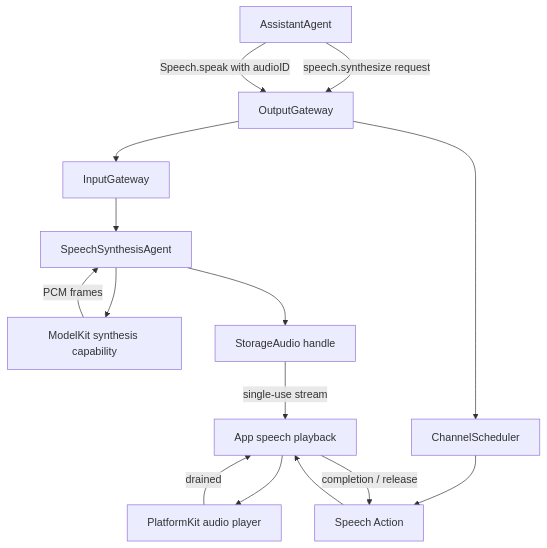
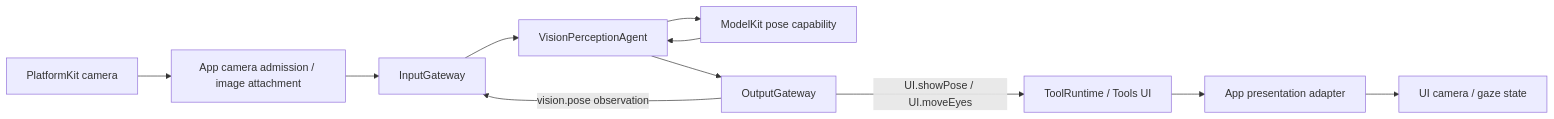
One commit to devilyouwei/MobileHarness changed the tenth of 14 diagrams in MobileHarness/README.md. Above: the diagram before and after it, drawn with Mermaid. The commit also changed other lines of this file, not shown here.

Commit message:
Restore cross-module technical flows in the architecture document

````diff
--- a/MobileHarness/README.md
+++ b/MobileHarness/README.md
@@ -307,17 +580,13 @@
 ```mermaid
-flowchart TB
-    Assistant[AssistantAgent] -->|speech.synthesize request| Output[OutputGateway]
-    Output --> Input[InputGateway]
-    Input --> Synthesis[SpeechSynthesisAgent]
-    Synthesis --> Model[ModelKit synthesis capability]
-    Model -->|PCM frames| Synthesis
-    Synthesis --> Audio[StorageAudio handle]
-    Assistant -->|Speech.speak with audioID| Output
-    Output --> Scheduler[ChannelScheduler]
-    Scheduler --> Action[Speech Action]
-    Action --> Playback[App speech playback]
-    Audio -->|single-use stream| Playback
-    Playback --> Player[PlatformKit audio player]
-    Player -->|drained| Playback
-    Playback -->|completion / release| Action
+flowchart LR
+    Camera[PlatformKit camera] --> Host[App camera admission / image attachment]
+    Host --> Input[InputGateway]
+    Input --> Vision[VisionPerceptionAgent]
+    Vision --> Pose[ModelKit pose capability]
+    Pose --> Vision
+    Vision --> Output[OutputGateway]
+    Output -->|vision.pose observation| Input
+    Output -->|UI.showPose / UI.moveEyes| Tool[ToolRuntime / Tools UI]
+    Tool --> Adapter[App presentation adapter]
+    Adapter --> UI[UI camera / gaze state]
 ```
````
